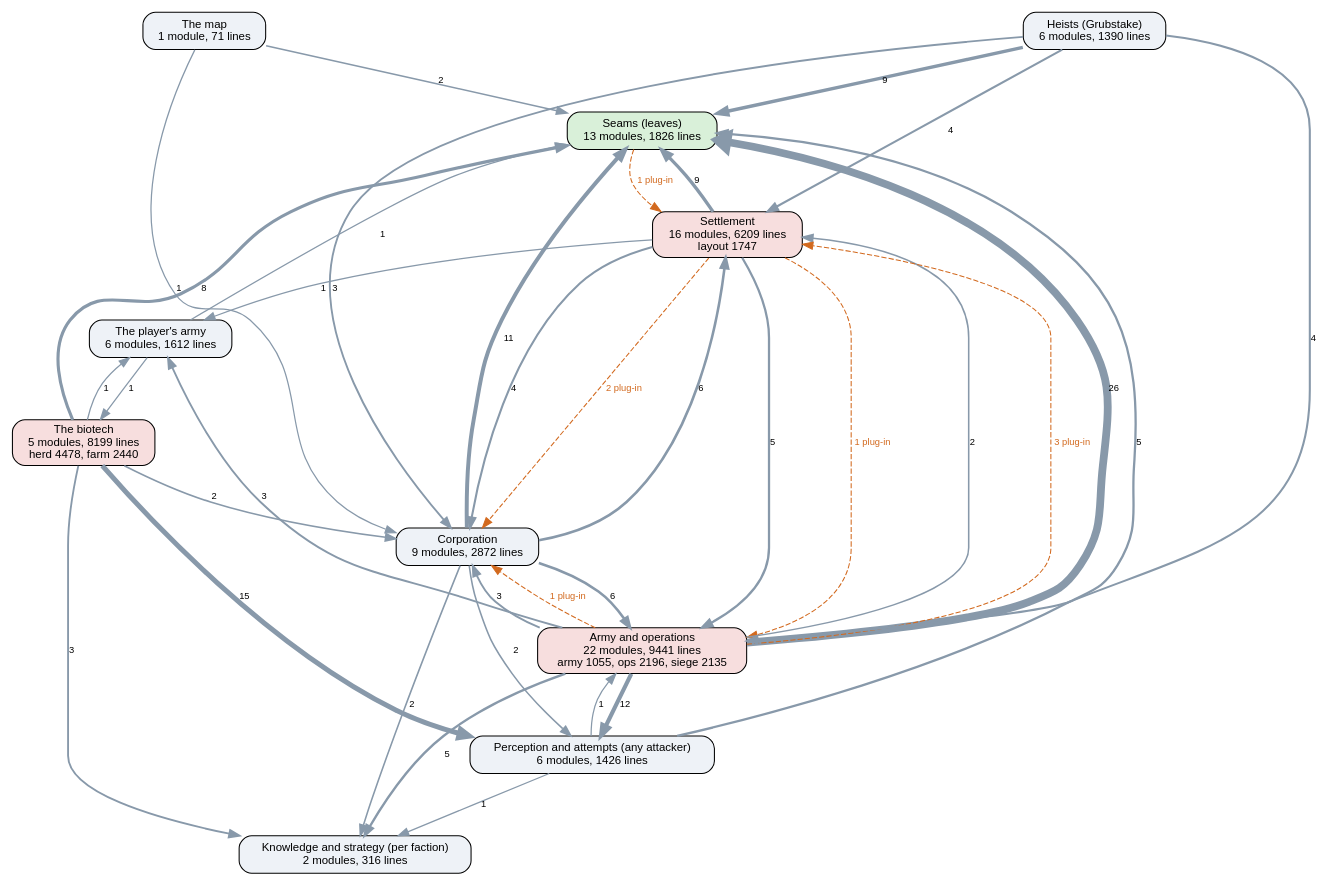
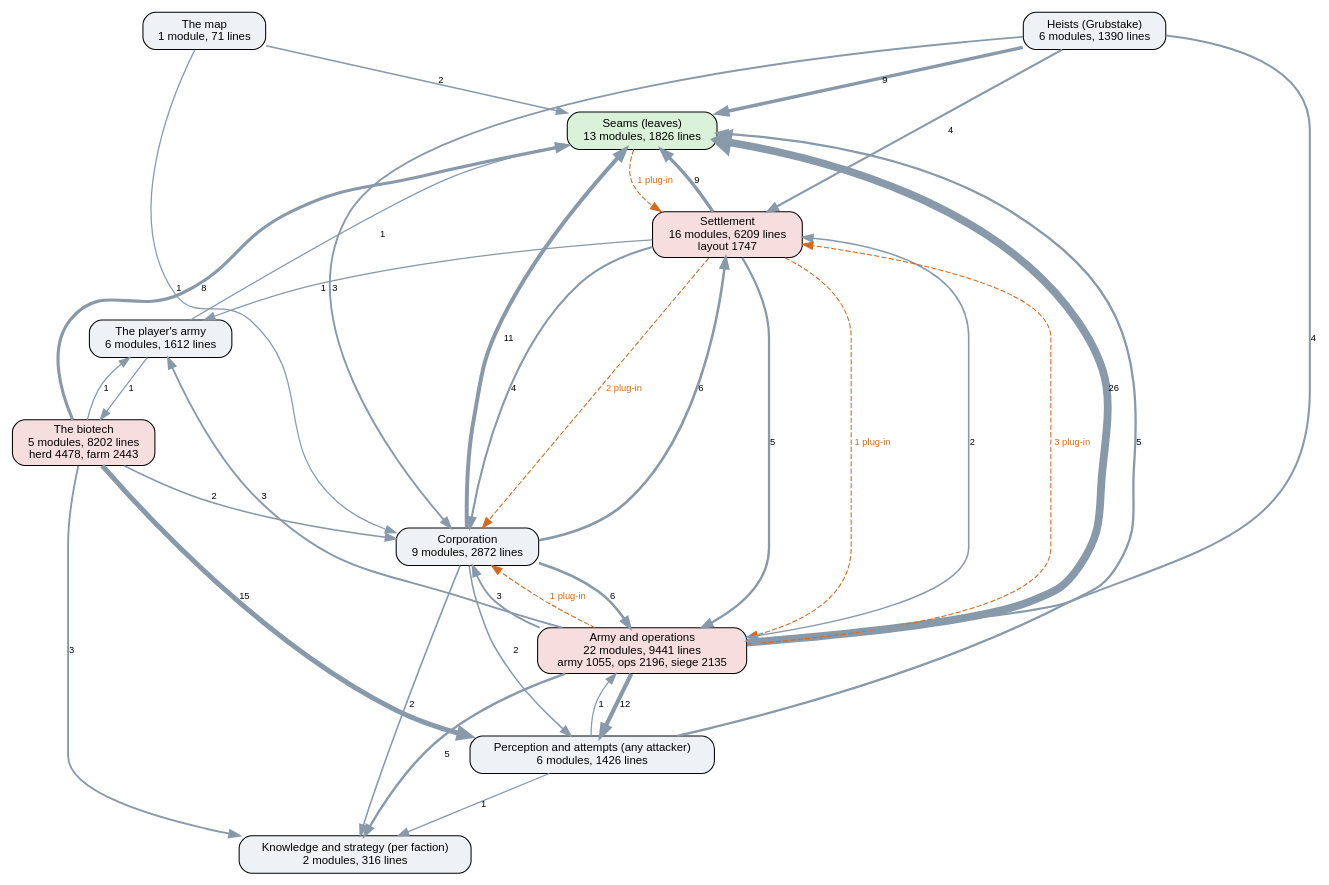
One commit to kinelhu/landing-party changed the diagram in docs/ai-layers.dot. Above: the diagram before and after it, drawn with Graphviz. The commit also changed 8 other files, not shown here.

```diff
--- a/docs/ai-layers.dot
+++ b/docs/ai-layers.dot
@@ -1,51 +1,51 @@
 digraph layers {
   graph [rankdir=TB, fontname="Helvetica", nodesep=0.5, ranksep=0.7];
   node [shape=box, style="rounded,filled", fontname="Helvetica", fontsize=11, fillcolor="#eef2f7"];
   edge [color="#8899aa", fontname="Helvetica", fontsize=9];
   "Seams (leaves)" [label="Seams (leaves)\n13 modules, 1826 lines", fillcolor="#d9f0d9"];
   "Perception and attempts (any attacker)" [label="Perception and attempts (any attacker)\n6 modules, 1426 lines", fillcolor="#eef2f7"];
   "Knowledge and strategy (per faction)" [label="Knowledge and strategy (per faction)\n2 modules, 316 lines", fillcolor="#eef2f7"];
   "Corporation" [label="Corporation\n9 modules, 2872 lines", fillcolor="#eef2f7"];
   "Settlement" [label="Settlement\n16 modules, 6209 lines\nlayout 1747", fillcolor="#f7dede"];
   "Army and operations" [label="Army and operations\n22 modules, 9441 lines\narmy 1055, ops 2196, siege 2135", fillcolor="#f7dede"];
   "Heists (Grubstake)" [label="Heists (Grubstake)\n6 modules, 1390 lines", fillcolor="#eef2f7"];
-  "The biotech" [label="The biotech\n5 modules, 8199 lines\nherd 4478, farm 2440", fillcolor="#f7dede"];
+  "The biotech" [label="The biotech\n5 modules, 8202 lines\nherd 4478, farm 2443", fillcolor="#f7dede"];
   "The map" [label="The map\n1 module, 71 lines", fillcolor="#eef2f7"];
   "The player's army" [label="The player's army\n6 modules, 1612 lines", fillcolor="#eef2f7"];
   "Army and operations" -> "Corporation" [label="3", penwidth=1.8];
   "Army and operations" -> "Knowledge and strategy (per faction)" [label="5", penwidth=2.2];
   "Army and operations" -> "Perception and attempts (any attacker)" [label="12", penwidth=4.0];
   "Army and operations" -> "Seams (leaves)" [label="26", penwidth=7.5];
   "Army and operations" -> "Settlement" [label="2", penwidth=1.5];
   "Army and operations" -> "The player's army" [label="3", penwidth=1.8];
   "Corporation" -> "Army and operations" [label="6", penwidth=2.5];
   "Corporation" -> "Knowledge and strategy (per faction)" [label="2", penwidth=1.5];
   "Corporation" -> "Perception and attempts (any attacker)" [label="2", penwidth=1.5];
   "Corporation" -> "Seams (leaves)" [label="11", penwidth=3.8];
   "Corporation" -> "Settlement" [label="6", penwidth=2.5];
   "Heists (Grubstake)" -> "Army and operations" [label="4", penwidth=2.0];
   "Heists (Grubstake)" -> "Corporation" [label="3", penwidth=1.8];
   "Heists (Grubstake)" -> "Seams (leaves)" [label="9", penwidth=3.2];
   "Heists (Grubstake)" -> "Settlement" [label="4", penwidth=2.0];
   "Perception and attempts (any attacker)" -> "Army and operations" [label="1", penwidth=1.2];
   "Perception and attempts (any attacker)" -> "Knowledge and strategy (per faction)" [label="1", penwidth=1.2];
   "Perception and attempts (any attacker)" -> "Seams (leaves)" [label="5", penwidth=2.2];
   "Settlement" -> "Army and operations" [label="5", penwidth=2.2];
   "Settlement" -> "Corporation" [label="4", penwidth=2.0];
   "Settlement" -> "Seams (leaves)" [label="9", penwidth=3.2];
   "Settlement" -> "The player's army" [label="1", penwidth=1.2];
   "The biotech" -> "Corporation" [label="2", penwidth=1.5];
   "The biotech" -> "Knowledge and strategy (per faction)" [label="3", penwidth=1.8];
   "The biotech" -> "Perception and attempts (any attacker)" [label="15", penwidth=4.8];
   "The biotech" -> "Seams (leaves)" [label="8", penwidth=3.0];
   "The biotech" -> "The player's army" [label="1", penwidth=1.2];
   "The map" -> "Corporation" [label="1", penwidth=1.2];
   "The map" -> "Seams (leaves)" [label="2", penwidth=1.5];
   "The player's army" -> "Seams (leaves)" [label="1", penwidth=1.2];
   "The player's army" -> "The biotech" [label="1", penwidth=1.2];
   "Army and operations" -> "Corporation" [style=dashed, color="#d2691e", fontcolor="#d2691e", label="1 plug-in"];
   "Army and operations" -> "Settlement" [style=dashed, color="#d2691e", fontcolor="#d2691e", label="3 plug-in"];
   "Seams (leaves)" -> "Settlement" [style=dashed, color="#d2691e", fontcolor="#d2691e", label="1 plug-in"];
   "Settlement" -> "Army and operations" [style=dashed, color="#d2691e", fontcolor="#d2691e", label="1 plug-in"];
   "Settlement" -> "Corporation" [style=dashed, color="#d2691e", fontcolor="#d2691e", label="2 plug-in"];
 }
```
